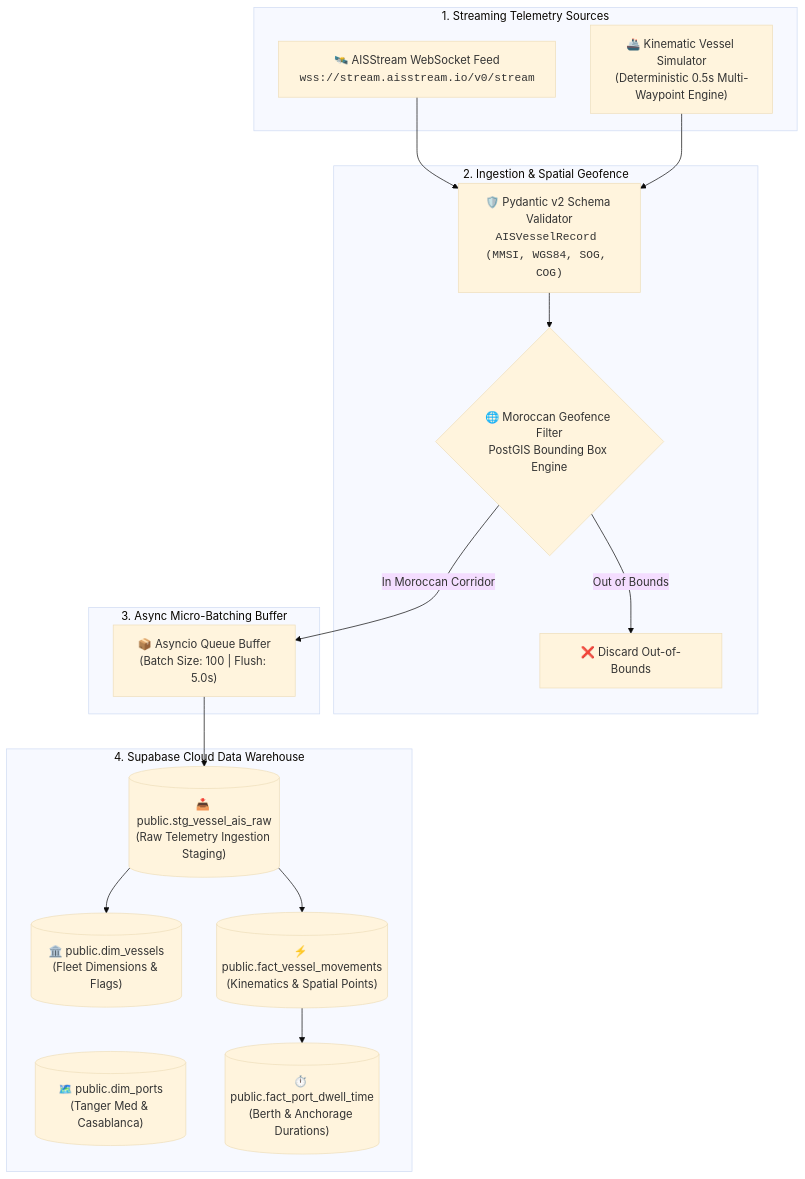
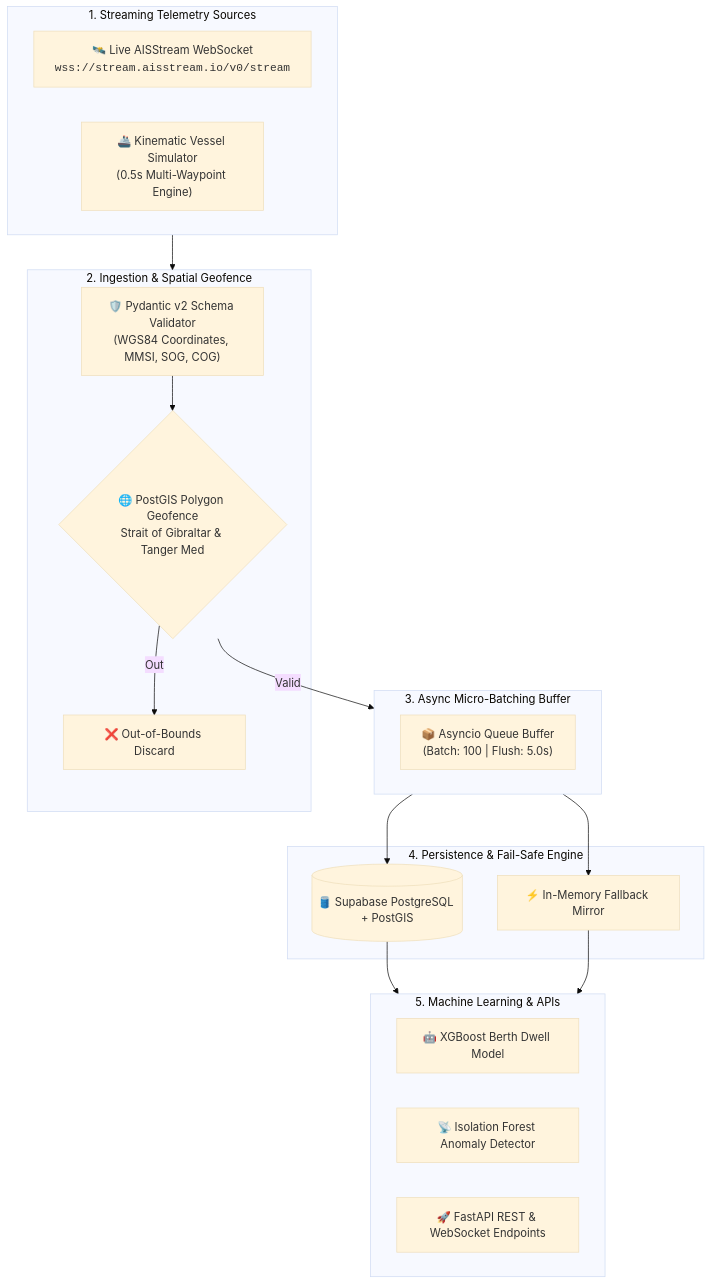
Before and after one commit to zakariabahtani35-prog/tanger-med-maritime-intelligence: the diagram in README.md, drawn with Mermaid (base theme). The commit also changed other lines of this file and 1 other file, not shown here.

Commit message:
feat(ui): Polish Morocco Maritime website UI, pixel-matrix hero architecture, sharp tech borders, and upgrade README documentation

````diff
--- a/README.md
+++ b/README.md
@@ -86,35 +87,37 @@
 ```mermaid
 flowchart TD
-    subgraph INGESTION_SOURCES["1. Streaming Telemetry Sources"]
-        A1["🛰️ AISStream WebSocket Feed<br/><code>wss://stream.aisstream.io/v0/stream</code>"]
-        A2["🚢 Kinematic Vessel Simulator<br/>(Deterministic 0.5s Multi-Waypoint Engine)"]
+    subgraph SOURCES["1. Streaming Telemetry Sources"]
+        S1["🛰️ Live AISStream WebSocket<br/><code>wss://stream.aisstream.io/v0/stream</code>"]
+        S2["🚢 Kinematic Vessel Simulator<br/>(0.5s Multi-Waypoint Engine)"]
     end
 
-    subgraph VALIDATION_LAYER["2. Ingestion & Spatial Geofence"]
-        B1["🛡️ Pydantic v2 Schema Validator<br/><code>AISVesselRecord (MMSI, WGS84, SOG, COG)</code>"]
-        B2{"🌐 Moroccan Geofence Filter<br/>PostGIS Bounding Box Engine"}
-        B3["❌ Discard Out-of-Bounds"]
+    subgraph VALIDATION["2. Ingestion & Spatial Geofence"]
+        V1["🛡️ Pydantic v2 Schema Validator<br/>(WGS84 Coordinates, MMSI, SOG, COG)"]
+        V2{"🌐 PostGIS Polygon Geofence<br/>Strait of Gibraltar & Tanger Med"}
+        V3["❌ Out-of-Bounds Discard"]
     end
 
-    subgraph BUFFER_LAYER["3. Async Micro-Batching Buffer"]
-        C1["📦 Asyncio Queue Buffer<br/>(Batch Size: 100 | Flush: 5.0s)"]
+    subgraph BUFFER["3. Async Micro-Batching Buffer"]
+        B1["📦 Asyncio Queue Buffer<br/>(Batch: 100 | Flush: 5.0s)"]
     end
 
-    subgraph WAREHOUSE_LAYER["4. Supabase Cloud Data Warehouse"]
-        D1[("📥 public.stg_vessel_ais_raw<br/>(Raw Telemetry Ingestion Staging)")]
-        D2[("🏛️ public.dim_vessels<br/>(Fleet Dimensions & Flags)")]
-        D3[("🗺️ public.dim_ports<br/>(Tanger Med & Casablanca)")]
-        D4[("⚡ public.fact_vessel_movements<br/>(Kinematics & Spatial Points)")]
-        D5[("⏱️ public.fact_port_dwell_time<br/>(Berth & Anchorage Durations)")]
+    subgraph STORAGE["4. Persistence & Fail-Safe Engine"]
+        DB1[("🛢️ Supabase PostgreSQL + PostGIS")]
+        DB2["⚡ In-Memory Fallback Mirror"]
     end
 
-    A1 --> B1
-    A2 --> B1
-    B1 --> B2
-    B2 -- "Out of Bounds" --> B3
-    B2 -- "In Moroccan Corridor" --> C1
-    C1 --> D1
-    D1 --> D2
-    D1 --> D4
-    D4 --> D5
+    subgraph ANALYTICS["5. Machine Learning & APIs"]
+        ML1["🤖 XGBoost Berth Dwell Model"]
+        ML2["📡 Isolation Forest Anomaly Detector"]
+        API["🚀 FastAPI REST & WebSocket Endpoints"]
+    end
+
+    SOURCES --> VALIDATION
+    V1 --> V2
+    V2 -- Out --> V3
+    V2 -- Valid --> BUFFER
+    BUFFER --> DB1
+    BUFFER --> DB2
+    DB1 --> ANALYTICS
+    DB2 --> ANALYTICS
 ```
````
